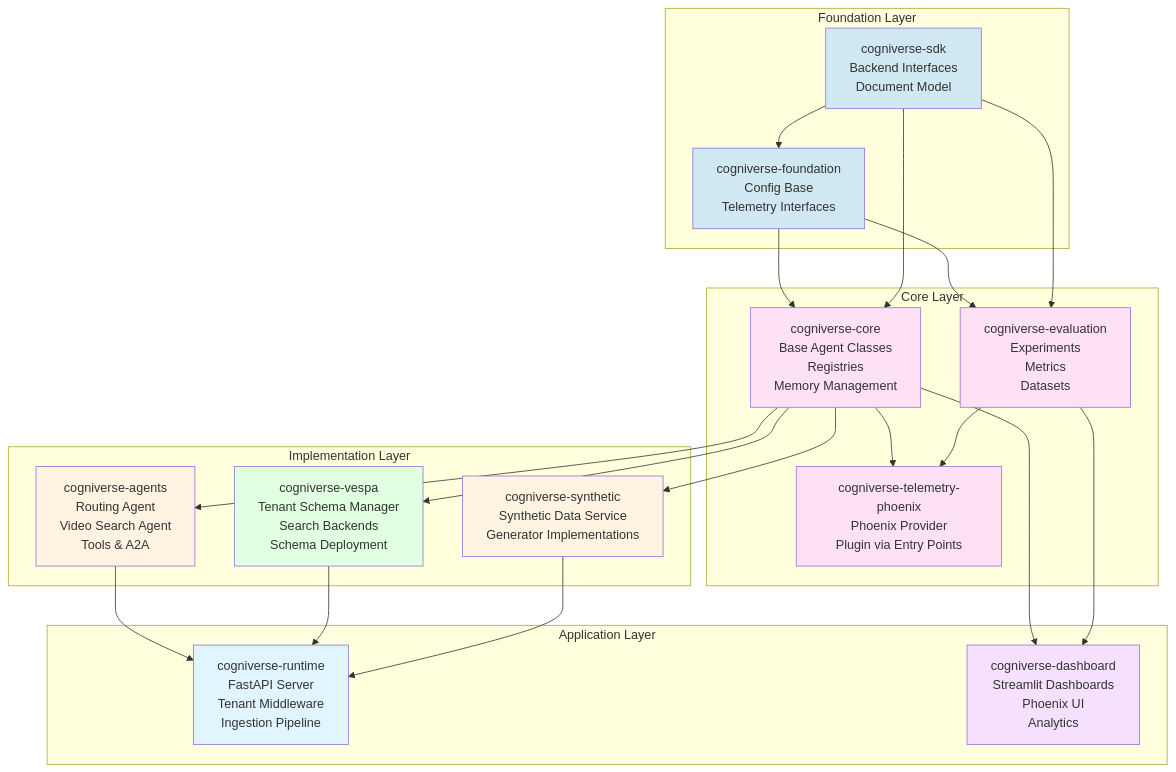
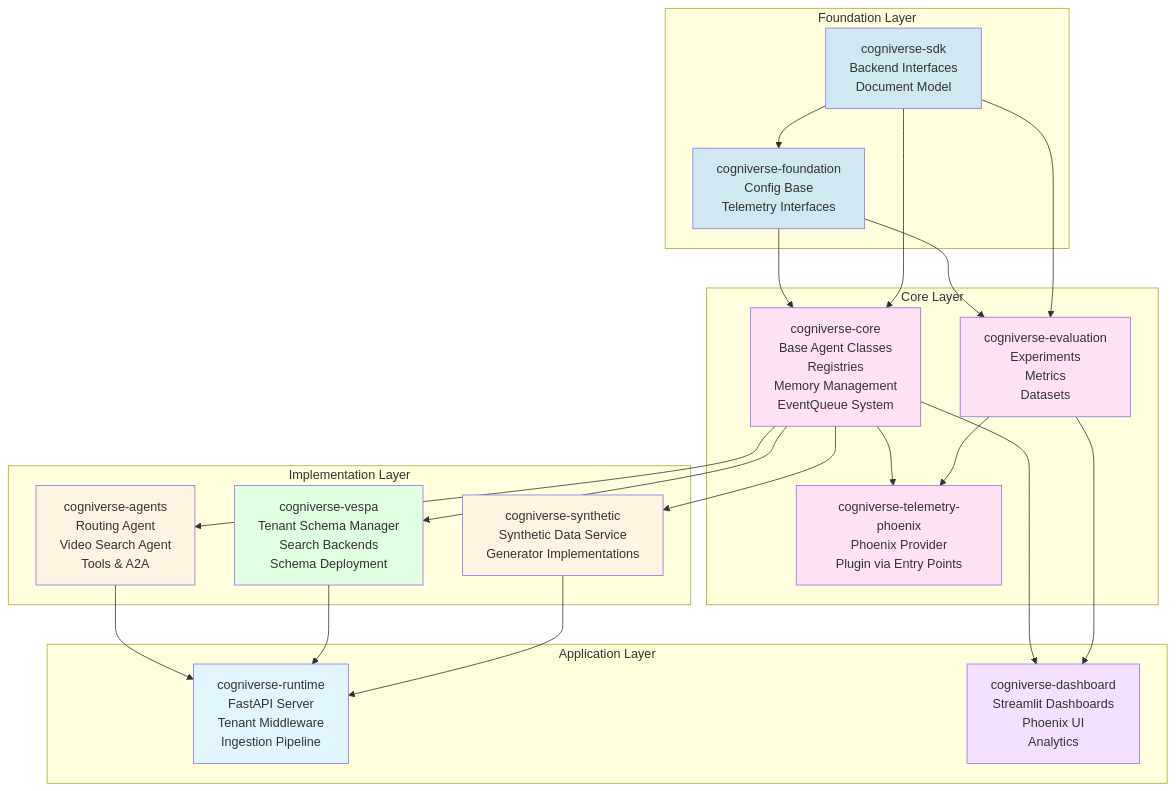
The first of 7 diagrams in docs/architecture/overview.md (amit-jain/cogniverse), drawn with Mermaid before and after one commit. The commit also changed other lines of this file and 10 other files, not shown here.

First line of the commit message:
Integrate CheckpointStorage with EventQueue and update documentation

````diff
--- a/docs/architecture/overview.md
+++ b/docs/architecture/overview.md
@@ -154,55 +155,55 @@
 ```mermaid
 graph TB
     subgraph "Foundation Layer"
         SDK[cogniverse-sdk<br/>Backend Interfaces<br/>Document Model]
         Foundation[cogniverse-foundation<br/>Config Base<br/>Telemetry Interfaces]
     end
 
     subgraph "Core Layer"
-        Core[cogniverse-core<br/>Base Agent Classes<br/>Registries<br/>Memory Management]
+        Core[cogniverse-core<br/>Base Agent Classes<br/>Registries<br/>Memory Management<br/>EventQueue System]
         Evaluation[cogniverse-evaluation<br/>Experiments<br/>Metrics<br/>Datasets]
         TelemetryPhoenix[cogniverse-telemetry-phoenix<br/>Phoenix Provider<br/>Plugin via Entry Points]
     end
 
     subgraph "Implementation Layer"
         Agents[cogniverse-agents<br/>Routing Agent<br/>Video Search Agent<br/>Tools & A2A]
         Vespa[cogniverse-vespa<br/>Tenant Schema Manager<br/>Search Backends<br/>Schema Deployment]
         Synthetic[cogniverse-synthetic<br/>Synthetic Data Service<br/>Generator Implementations]
     end
 
     subgraph "Application Layer"
         Runtime[cogniverse-runtime<br/>FastAPI Server<br/>Tenant Middleware<br/>Ingestion Pipeline]
         Dashboard[cogniverse-dashboard<br/>Streamlit Dashboards<br/>Phoenix UI<br/>Analytics]
     end
 
     SDK --> Foundation
     Foundation --> Core
     Foundation --> Evaluation
     SDK --> Evaluation
     SDK --> Core
 
     Core --> TelemetryPhoenix
     Evaluation --> TelemetryPhoenix
 
     Core --> Agents
     Core --> Vespa
     Core --> Synthetic
 
     Agents --> Runtime
     Vespa --> Runtime
     Synthetic --> Runtime
 
     Core --> Dashboard
     Evaluation --> Dashboard
 
     style SDK fill:#d0e8f2
     style Foundation fill:#d0e8f2
     style Core fill:#ffe1f5
     style Evaluation fill:#ffe1f5
     style TelemetryPhoenix fill:#ffe1f5
     style Agents fill:#fff4e1
     style Vespa fill:#e1ffe1
     style Synthetic fill:#fff4e1
     style Runtime fill:#e1f5ff
     style Dashboard fill:#f5e1ff
 ```
````
